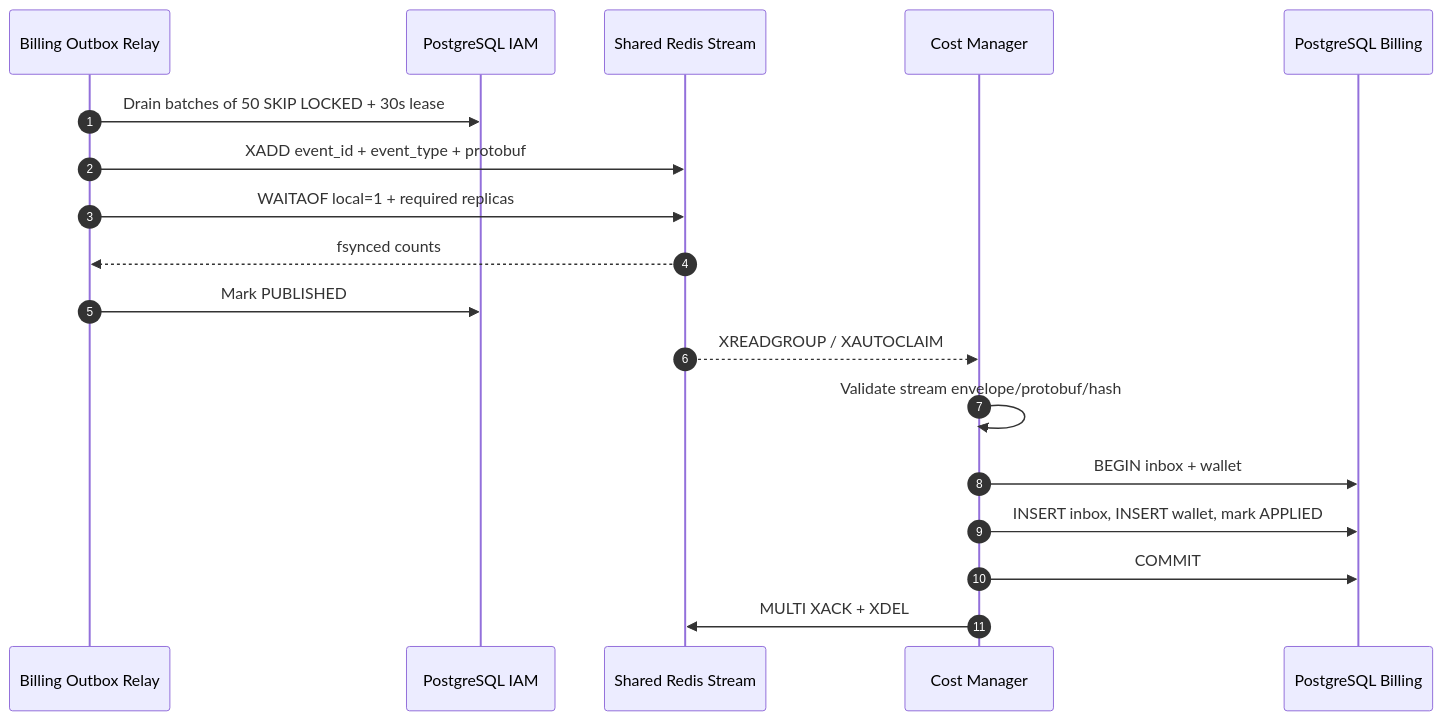
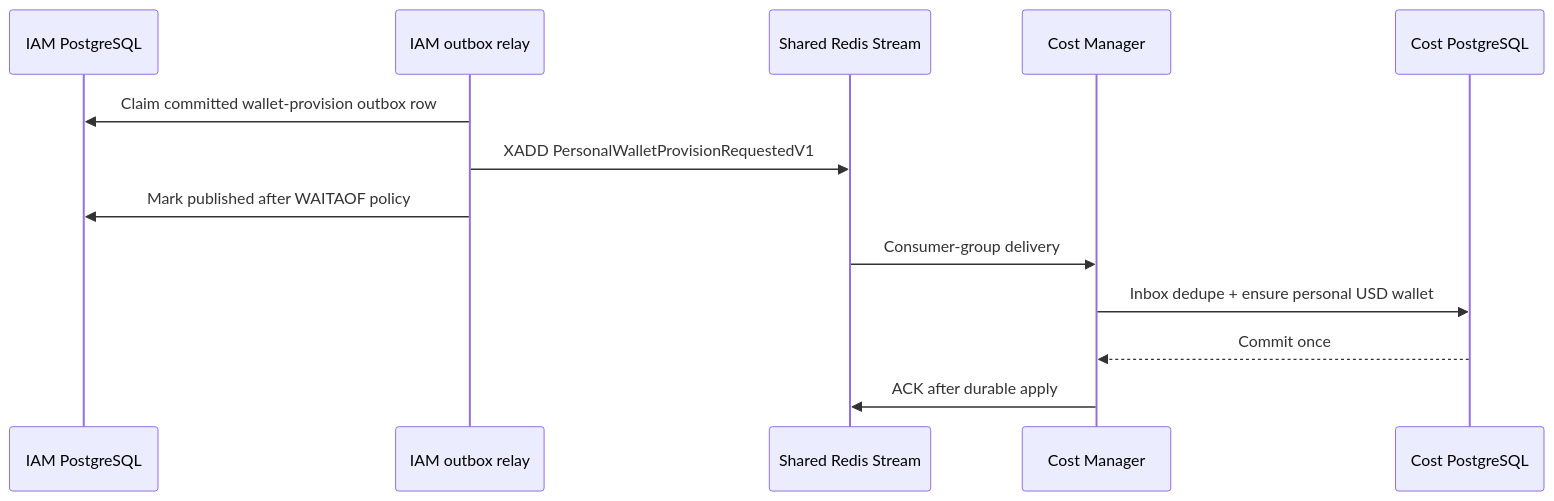
The second of 2 diagrams in god_view/iam/account_verification_god_view_workflow.md (phucle996/aurora), drawn with Mermaid before and after one commit. The commit also changed other lines of this file and 1 other file, not shown here.

Commit message:
docs(iam): separate registration from activation

````diff
--- a/god_view/iam/account_verification_god_view_workflow.md
+++ b/god_view/iam/account_verification_god_view_workflow.md
@@ -219,21 +144,16 @@
 ```mermaid
 sequenceDiagram
-    autonumber
-    participant Relay as Billing Outbox Relay
-    participant IDB as PostgreSQL IAM
-    participant SR as Shared Redis Stream
+    participant DB as IAM PostgreSQL
+    participant Relay as IAM outbox relay
+    participant Stream as Shared Redis Stream
     participant Cost as Cost Manager
-    participant BDB as PostgreSQL Billing
+    participant CDB as Cost PostgreSQL
 
-    Relay->>IDB: Drain batches of 50 SKIP LOCKED + 30s lease
-    Relay->>SR: XADD event_id + event_type + protobuf
-    Relay->>SR: WAITAOF local=1 + required replicas
-    SR-->>Relay: fsynced counts
-    Relay->>IDB: Mark PUBLISHED
-    SR-->>Cost: XREADGROUP / XAUTOCLAIM
-    Cost->>Cost: Validate stream envelope/protobuf/hash
-    Cost->>BDB: BEGIN inbox + wallet
-    Cost->>BDB: INSERT inbox, INSERT wallet, mark APPLIED
-    Cost->>BDB: COMMIT
-    Cost->>SR: MULTI XACK + XDEL
+    Relay->>DB: Claim committed wallet-provision outbox row
+    Relay->>Stream: XADD PersonalWalletProvisionRequestedV1
+    Relay->>DB: Mark published after WAITAOF policy
+    Stream->>Cost: Consumer-group delivery
+    Cost->>CDB: Inbox dedupe + ensure personal USD wallet
+    CDB-->>Cost: Commit once
+    Cost->>Stream: ACK after durable apply
 ```
````
